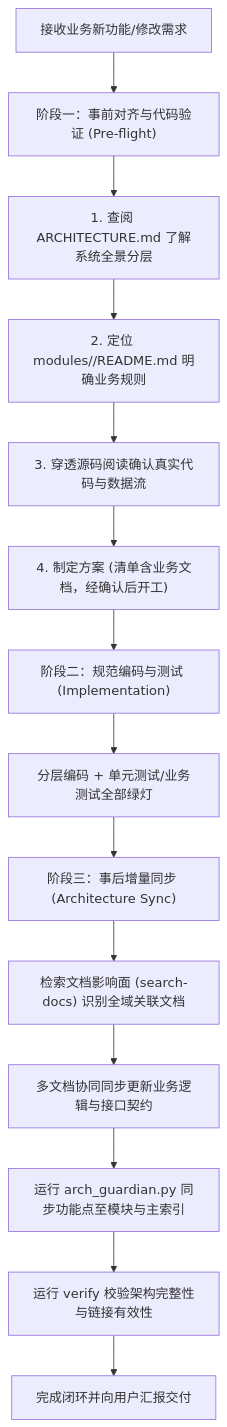
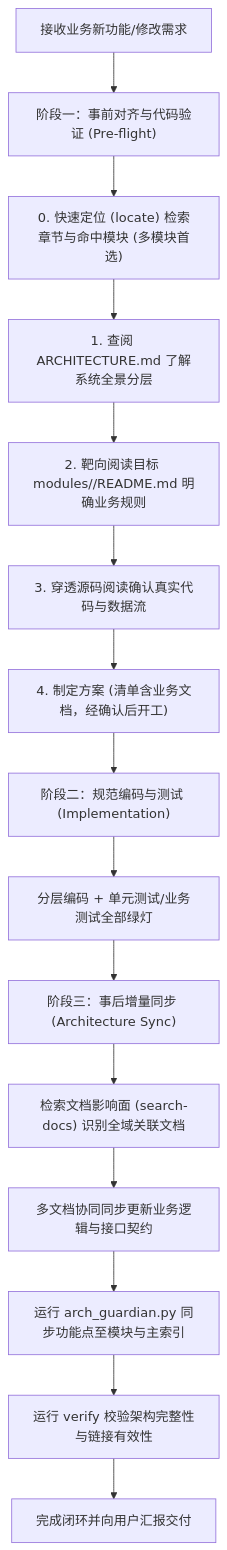
One commit to weilimao/systemArchitectureSkill changed the diagram in skills/architecture-guardian/SKILL.md. Above: the diagram before and after it, drawn with Mermaid. The commit also changed other lines of this file and 5 other files, not shown here.

````diff
--- a/skills/architecture-guardian/SKILL.md
+++ b/skills/architecture-guardian/SKILL.md
@@ -31,16 +31,17 @@
 ```mermaid
 flowchart TD
     Req["接收业务新功能/修改需求"] --> Phase1["阶段一：事前对齐与代码验证 (Pre-flight)"]
-    Phase1 --> Step1["1. 查阅 ARCHITECTURE.md 了解系统全景分层"]
-    Step1 --> Step2["2. 定位 modules/<module>/README.md 明确业务规则"]
+    Phase1 --> Locate["0. 快速定位 (locate) 检索章节与命中模块 (多模块首选)"]
+    Locate --> Step1["1. 查阅 ARCHITECTURE.md 了解系统全景分层"]
+    Step1 --> Step2["2. 靶向阅读目标 modules/<module>/README.md 明确业务规则"]
     Step2 --> Step3["3. 穿透源码阅读确认真实代码与数据流"]
     Step3 --> Step4["4. 制定方案 (清单含业务文档，经确认后开工)"]
     Step4 --> Phase2["阶段二：规范编码与测试 (Implementation)"]
     Phase2 --> Coding["分层编码 + 单元测试/业务测试全部绿灯"]
     Coding --> Phase3["阶段三：事后增量同步 (Architecture Sync)"]
     Phase3 --> SearchDoc["检索文档影响面 (search-docs) 识别全域关联文档"]
     SearchDoc --> MultiSync["多文档协同同步更新业务逻辑与接口契约"]
     MultiSync --> SyncDoc["运行 arch_guardian.py 同步功能点至模块与主索引"]
     SyncDoc --> VerifyDoc["运行 verify 校验架构完整性与链接有效性"]
     VerifyDoc --> Done["完成闭环并向用户汇报交付"]
 ```
````
